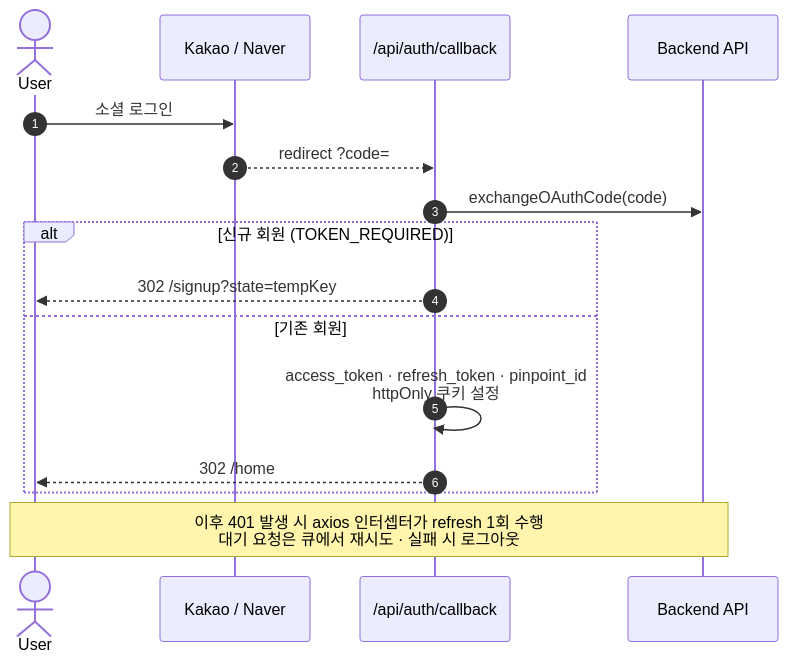
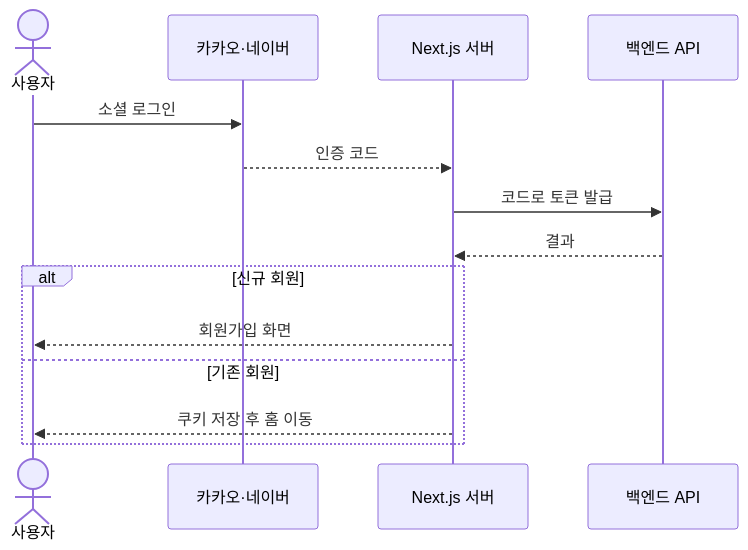
The sixth of 8 diagrams in README.md (kyungchan3007/PinHouse_FE), drawn with Mermaid before and after one commit. The commit also changed other lines of this file, not shown here.

First line of the commit message:
2026-09-14 docs: README 다이어그램 가독성 개선

````diff
--- a/README.md
+++ b/README.md
@@ -275,19 +251,18 @@
 ```mermaid
+%%{init: {'sequence': {'actorFontSize': 18, 'messageFontSize': 18, 'noteFontSize': 17, 'actorMargin': 60}}}%%
 sequenceDiagram
-    autonumber
-    actor U as User
-    participant O as Kakao / Naver
-    participant CB as /api/auth/callback
-    participant API as Backend API
+    actor U as 사용자
+    participant O as 카카오·네이버
+    participant N as Next.js 서버
+    participant A as 백엔드 API
 
     U->>O: 소셜 로그인
-    O-->>CB: redirect ?code=
-    CB->>API: exchangeOAuthCode(code)
-    alt 신규 회원 (TOKEN_REQUIRED)
-        CB-->>U: 302 /signup?state=tempKey
+    O-->>N: 인증 코드
+    N->>A: 코드로 토큰 발급
+    A-->>N: 결과
+    alt 신규 회원
+        N-->>U: 회원가입 화면
     else 기존 회원
-        CB->>CB: access_token · refresh_token · pinpoint_id<br/>httpOnly 쿠키 설정
-        CB-->>U: 302 /home
+        N-->>U: 쿠키 저장 후 홈 이동
     end
-    Note over U,API: 이후 401 발생 시 axios 인터셉터가 refresh 1회 수행<br/>대기 요청은 큐에서 재시도 · 실패 시 로그아웃
 ```
````
